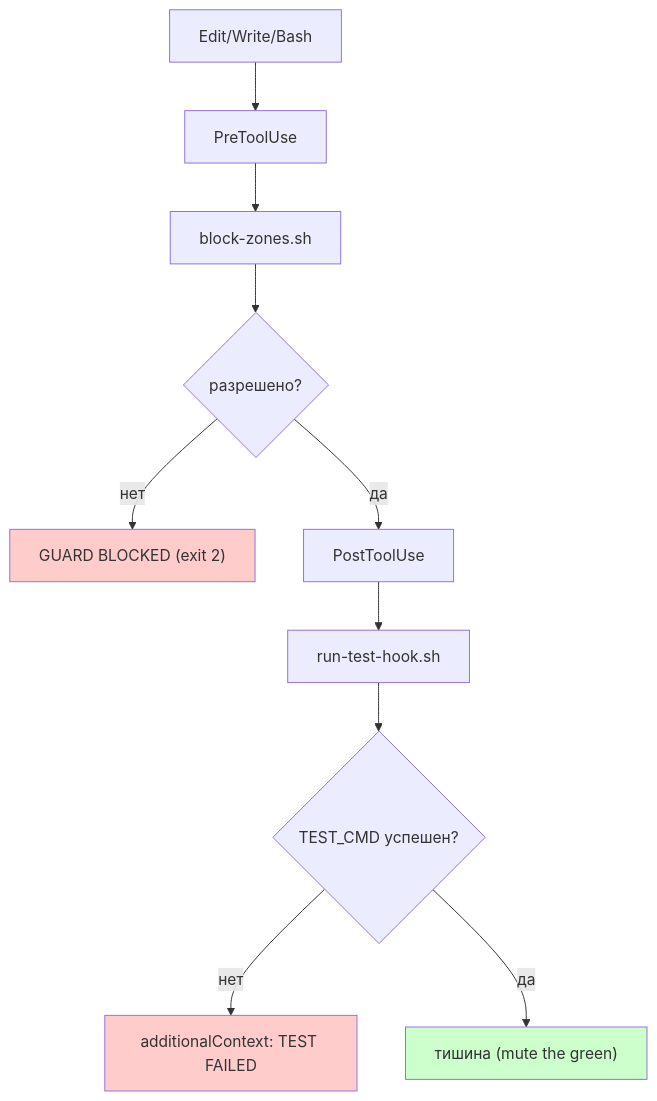
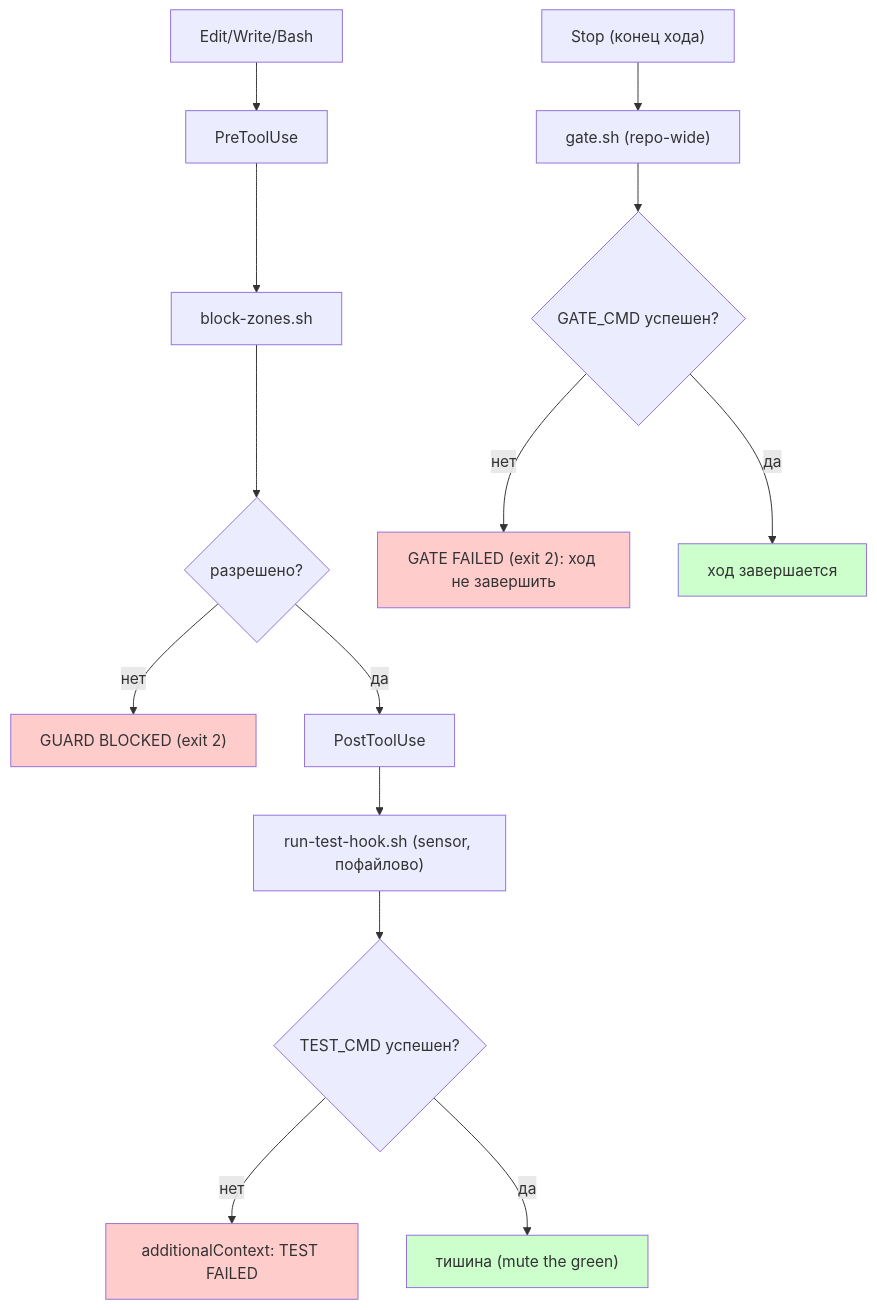
The second of 3 diagrams in README.md (shumik323/harness-engineering), drawn with Mermaid before and after one commit. The commit also changed other lines of this file and 1 other file, not shown here.

Commit message:
feat: add gate

````diff
--- a/README.md
+++ b/README.md
@@ -89,15 +89,21 @@
 ```mermaid
 flowchart TD
     A["Edit/Write/Bash"] --> B["PreToolUse"]
     B --> C["block-zones.sh"]
     C --> D{разрешено?}
     D -->|нет| E["GUARD BLOCKED (exit 2)"]
     D -->|да| F["PostToolUse"]
-    F --> G["run-test-hook.sh"]
+    F --> G["run-test-hook.sh (sensor, пофайлово)"]
     G --> H{TEST_CMD успешен?}
     H -->|нет| I["additionalContext: TEST FAILED"]
     H -->|да| J["тишина (mute the green)"]
+    K["Stop (конец хода)"] --> L["gate.sh (repo-wide)"]
+    L --> M{GATE_CMD успешен?}
+    M -->|нет| N["GATE FAILED (exit 2): ход не завершить"]
+    M -->|да| O["ход завершается"]
     style E fill:#ffcccc
     style I fill:#ffcccc
     style J fill:#ccffcc
+    style N fill:#ffcccc
+    style O fill:#ccffcc
 ```
````
